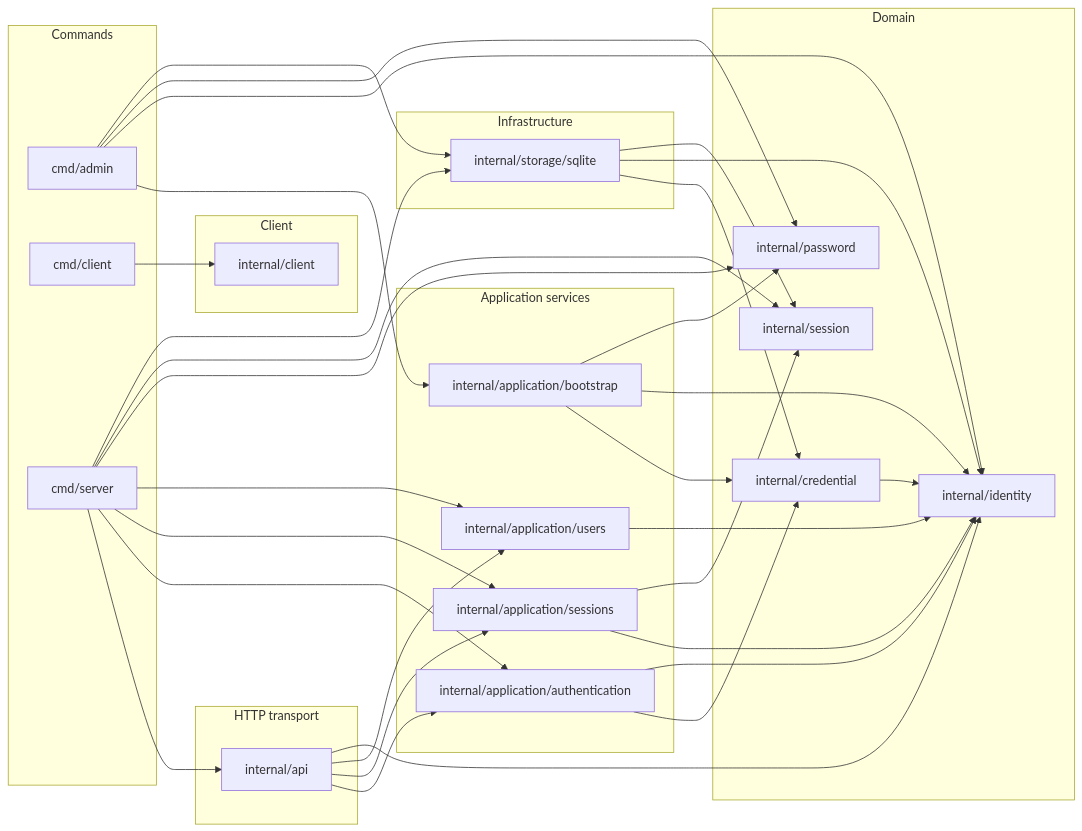
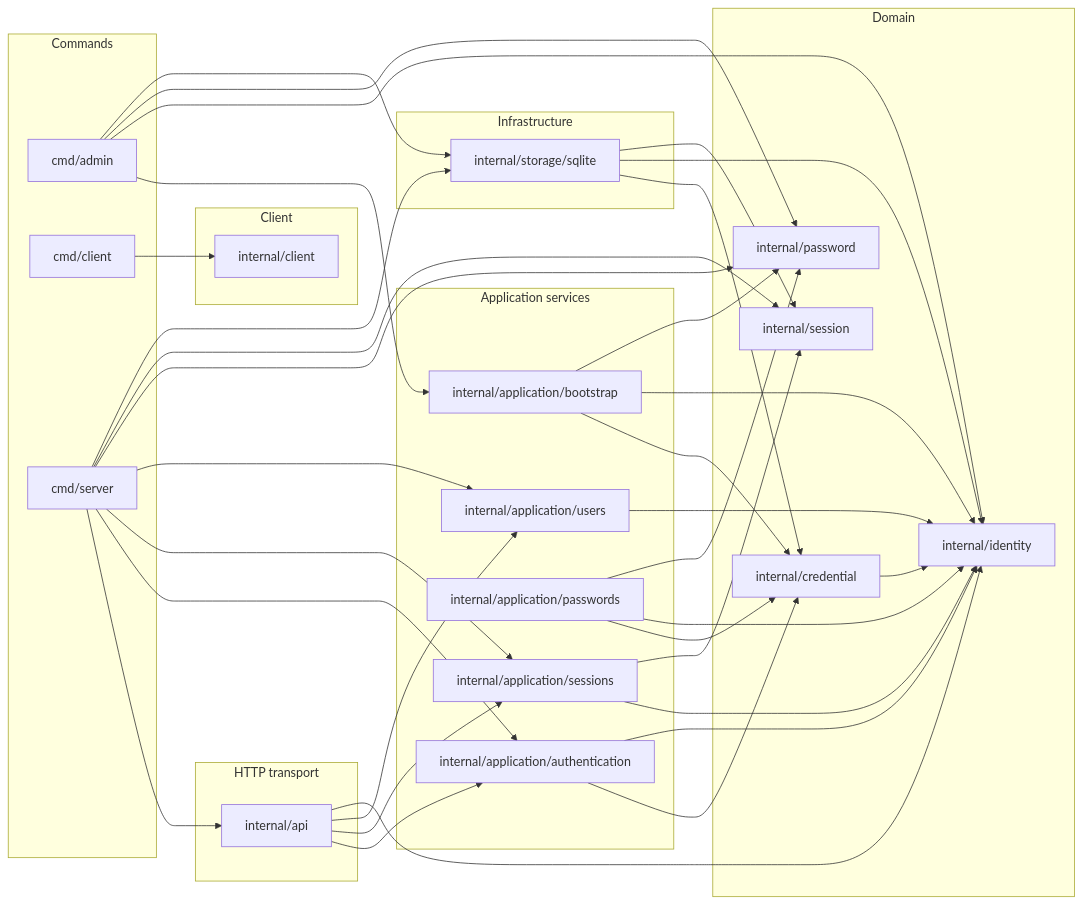
The diagram in docs/architecture.md (ebe542/go-mediaarchive), drawn with Mermaid before and after one commit. The commit also changed other lines of this file and 7 other files, not shown here.

Commit message:
feat(credential): add password enrollment service

````diff
--- a/docs/architecture.md
+++ b/docs/architecture.md
@@ -21,57 +21,61 @@
 ```mermaid
 flowchart LR
   subgraph commands["Commands"]
     package0["cmd/admin"]
     package1["cmd/client"]
     package2["cmd/server"]
   end
   subgraph transport["HTTP transport"]
     package3["internal/api"]
   end
   subgraph application["Application services"]
     package4["internal/application/authentication"]
     package5["internal/application/bootstrap"]
-    package6["internal/application/sessions"]
-    package7["internal/application/users"]
+    package6["internal/application/passwords"]
+    package7["internal/application/sessions"]
+    package8["internal/application/users"]
   end
   subgraph domain["Domain"]
-    package9["internal/credential"]
-    package10["internal/identity"]
-    package11["internal/password"]
-    package12["internal/session"]
+    package10["internal/credential"]
+    package11["internal/identity"]
+    package12["internal/password"]
+    package13["internal/session"]
   end
   subgraph infrastructure["Infrastructure"]
-    package13["internal/storage/sqlite"]
+    package14["internal/storage/sqlite"]
   end
   subgraph client["Client"]
-    package8["internal/client"]
+    package9["internal/client"]
   end
   package0 --> package5
-  package0 --> package10
   package0 --> package11
-  package0 --> package13
-  package1 --> package8
+  package0 --> package12
+  package0 --> package14
+  package1 --> package9
   package2 --> package3
   package2 --> package4
-  package2 --> package6
   package2 --> package7
-  package2 --> package11
+  package2 --> package8
   package2 --> package12
   package2 --> package13
+  package2 --> package14
   package3 --> package4
-  package3 --> package6
   package3 --> package7
-  package3 --> package10
-  package4 --> package9
+  package3 --> package8
+  package3 --> package11
   package4 --> package10
-  package5 --> package9
+  package4 --> package11
   package5 --> package10
   package5 --> package11
+  package5 --> package12
   package6 --> package10
+  package6 --> package11
   package6 --> package12
-  package7 --> package10
-  package9 --> package10
-  package13 --> package9
-  package13 --> package10
-  package13 --> package12
+  package7 --> package11
+  package7 --> package13
+  package8 --> package11
+  package10 --> package11
+  package14 --> package10
+  package14 --> package11
+  package14 --> package13
 ```
````
